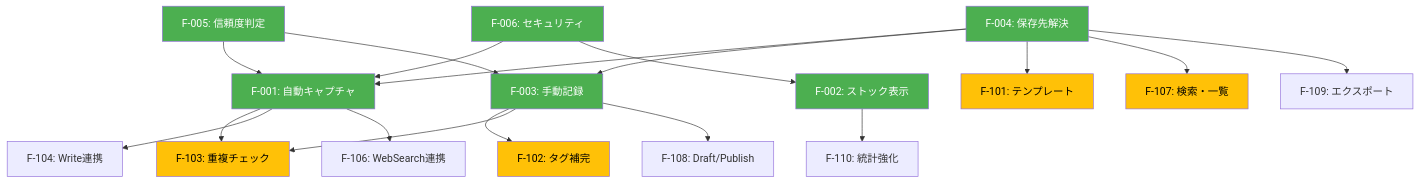
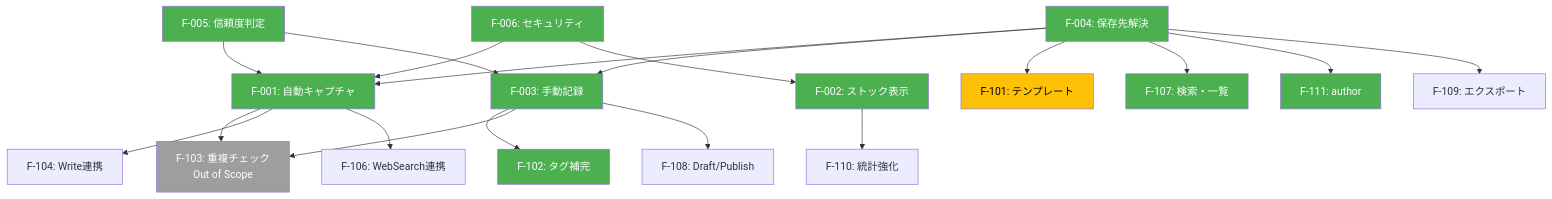
Before and after one commit to qaTororo/til-capture: the diagram in docs/spec/01-feature-inventory.md, drawn with Mermaid. The commit also changed other lines of this file and 6 other files, not shown here.

First line of the commit message:
docs: update Living Spec and architecture for v1.0.0 release and v1.1.0 (F-111)

````diff
--- a/docs/spec/01-feature-inventory.md
+++ b/docs/spec/01-feature-inventory.md
@@ -131,31 +133,33 @@
 ```mermaid
 graph TD
     F004[F-004: 保存先解決] --> F001[F-001: 自動キャプチャ]
     F004 --> F003[F-003: 手動記録]
     F005[F-005: 信頼度判定] --> F001
     F005 --> F003
     F006[F-006: セキュリティ] --> F001
     F006 --> F002[F-002: ストック表示]
 
     F004 --> F101[F-101: テンプレート]
     F003 --> F102[F-102: タグ補完]
-    F001 --> F103[F-103: 重複チェック]
+    F001 --> F103[F-103: 重複チェック<br/>Out of Scope]
     F003 --> F103
     F001 --> F104[F-104: Write連携]
     F001 --> F106[F-106: WebSearch連携]
     F004 --> F107[F-107: 検索・一覧]
+    F004 --> F111[F-111: author]
     F002 --> F110[F-110: 統計強化]
     F003 --> F108[F-108: Draft/Publish]
     F004 --> F109[F-109: エクスポート]
 
     style F001 fill:#4CAF50,color:#fff
     style F002 fill:#4CAF50,color:#fff
     style F003 fill:#4CAF50,color:#fff
     style F004 fill:#4CAF50,color:#fff
     style F005 fill:#4CAF50,color:#fff
     style F006 fill:#4CAF50,color:#fff
+    style F102 fill:#4CAF50,color:#fff
+    style F107 fill:#4CAF50,color:#fff
+    style F111 fill:#4CAF50,color:#fff
     style F101 fill:#FFC107,color:#000
-    style F102 fill:#FFC107,color:#000
-    style F103 fill:#FFC107,color:#000
-    style F107 fill:#FFC107,color:#000
+    style F103 fill:#9E9E9E,color:#fff
 ```
````
